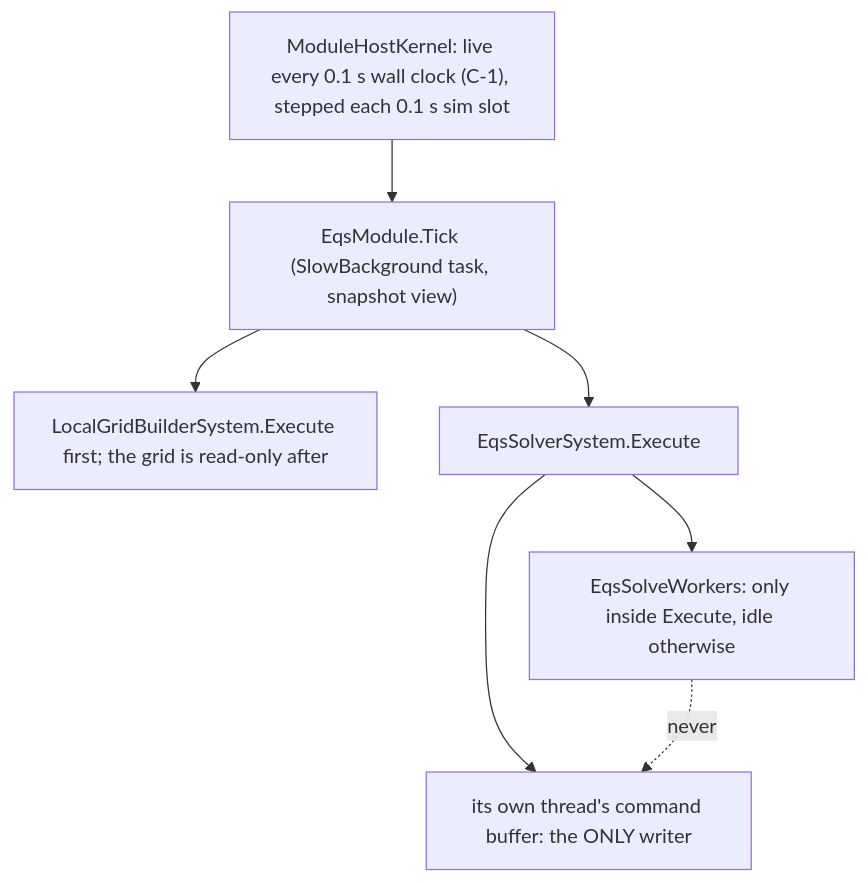
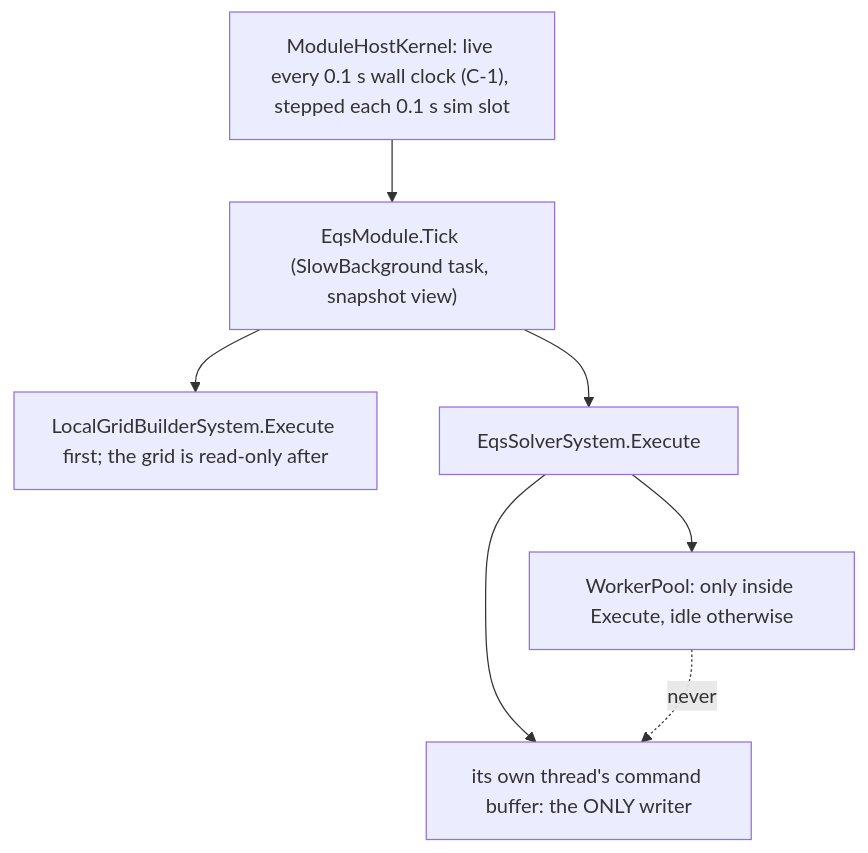
One commit to pjanec/HROT changed diagram 16 of 44 in docs/DESIGN_Sensors_And_Doctrine.md. Above: the diagram before and after it, drawn with Mermaid. The commit also changed other lines of this file and 4 other files, not shown here.

````diff
--- a/docs/DESIGN_Sensors_And_Doctrine.md
+++ b/docs/DESIGN_Sensors_And_Doctrine.md
@@ -593,9 +593,9 @@
 ```mermaid
 graph TD
   K["ModuleHostKernel: live every 0.1 s wall clock (C-1), stepped each 0.1 s sim slot"] --> M["EqsModule.Tick (SlowBackground task, snapshot view)"]
   M --> G["LocalGridBuilderSystem.Execute first; the grid is read-only after"]
   M --> S["EqsSolverSystem.Execute"]
-  S --> W["EqsSolveWorkers: only inside Execute, idle otherwise"]
+  S --> W["WorkerPool: only inside Execute, idle otherwise"]
   S --> C["its own thread's command buffer: the ONLY writer"]
   W -.->|never| C
 ```
````
